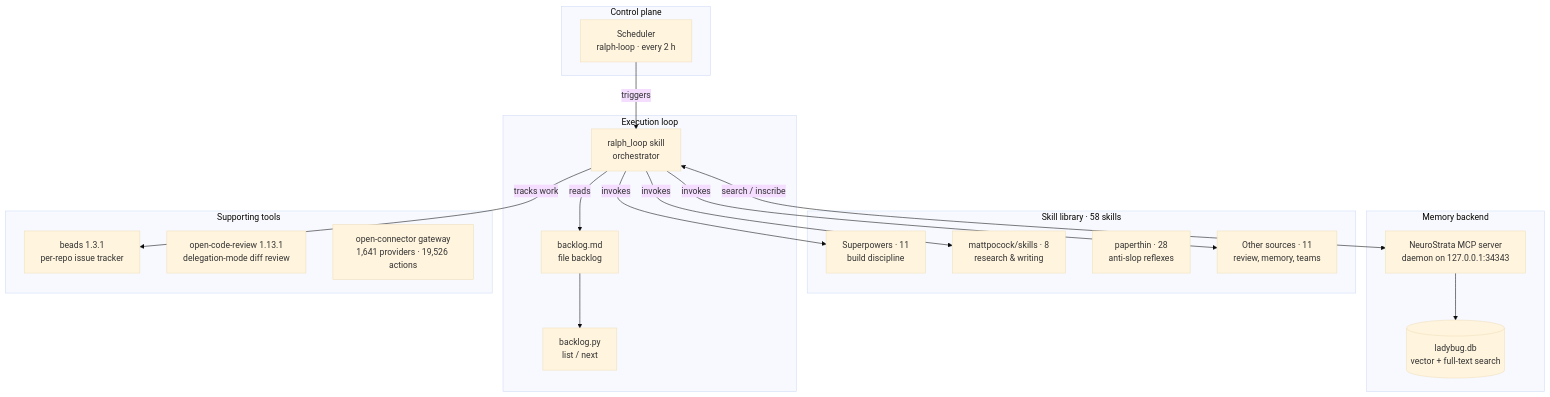
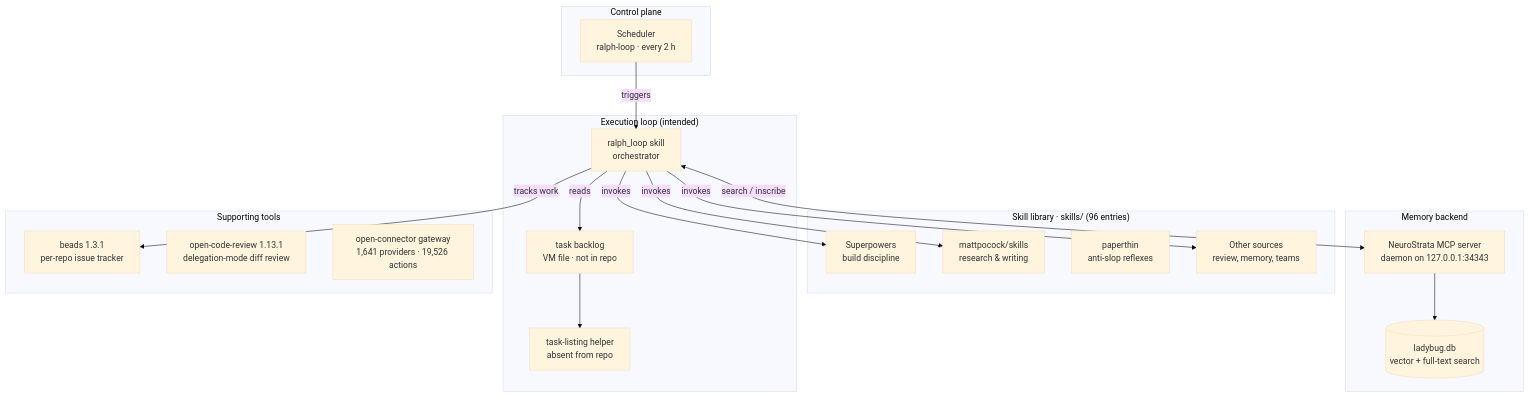
One commit to pratik-saptarshi/autonomous-engineering-platform changed the first of 2 diagrams in README.md. Above: the diagram before and after it, drawn with Mermaid (base theme). The commit also changed other lines of this file and 17 other files, not shown here.

````diff
--- a/README.md
+++ b/README.md
@@ -7,35 +7,35 @@
 ```mermaid
 graph TB
     subgraph Control["Control plane"]
         CRON["Scheduler<br/>ralph-loop · every 2 h"]
     end
-    subgraph Loop["Execution loop"]
-        BL["backlog.md<br/>file backlog"]
+    subgraph Loop["Execution loop (intended)"]
+        BL["task backlog<br/>VM file · not in repo"]
         RL["ralph_loop skill<br/>orchestrator"]
-        PY["backlog.py<br/>list / next"]
+        PY["task-listing helper<br/>absent from repo"]
     end
-    subgraph Skills["Skill library · 58 skills"]
-        SP["Superpowers · 11<br/>build discipline"]
-        MP["mattpocock/skills · 8<br/>research & writing"]
-        PT["paperthin · 28<br/>anti-slop reflexes"]
-        OT["Other sources · 11<br/>review, memory, teams"]
+    subgraph Skills["Skill library · skills/ (96 entries)"]
+        SP["Superpowers<br/>build discipline"]
+        MP["mattpocock/skills<br/>research & writing"]
+        PT["paperthin<br/>anti-slop reflexes"]
+        OT["Other sources<br/>review, memory, teams"]
     end
     subgraph Memory["Memory backend"]
         NS["NeuroStrata MCP server<br/>daemon on 127.0.0.1:34343"]
         DB[("ladybug.db<br/>vector + full-text search")]
     end
     subgraph Tools["Supporting tools"]
         BD["beads 1.3.1<br/>per-repo issue tracker"]
         OCR["open-code-review 1.13.1<br/>delegation-mode diff review"]
         OC["open-connector gateway<br/>1,641 providers · 19,526 actions"]
     end
     CRON -->|"triggers"| RL
     RL -->|"reads"| BL
     BL --> PY
     RL -->|"invokes"| SP
     RL -->|"invokes"| MP
     RL -->|"invokes"| OT
     RL <-->|"search / inscribe"| NS
     NS --> DB
     RL -->|"tracks work"| BD
 ```
````
